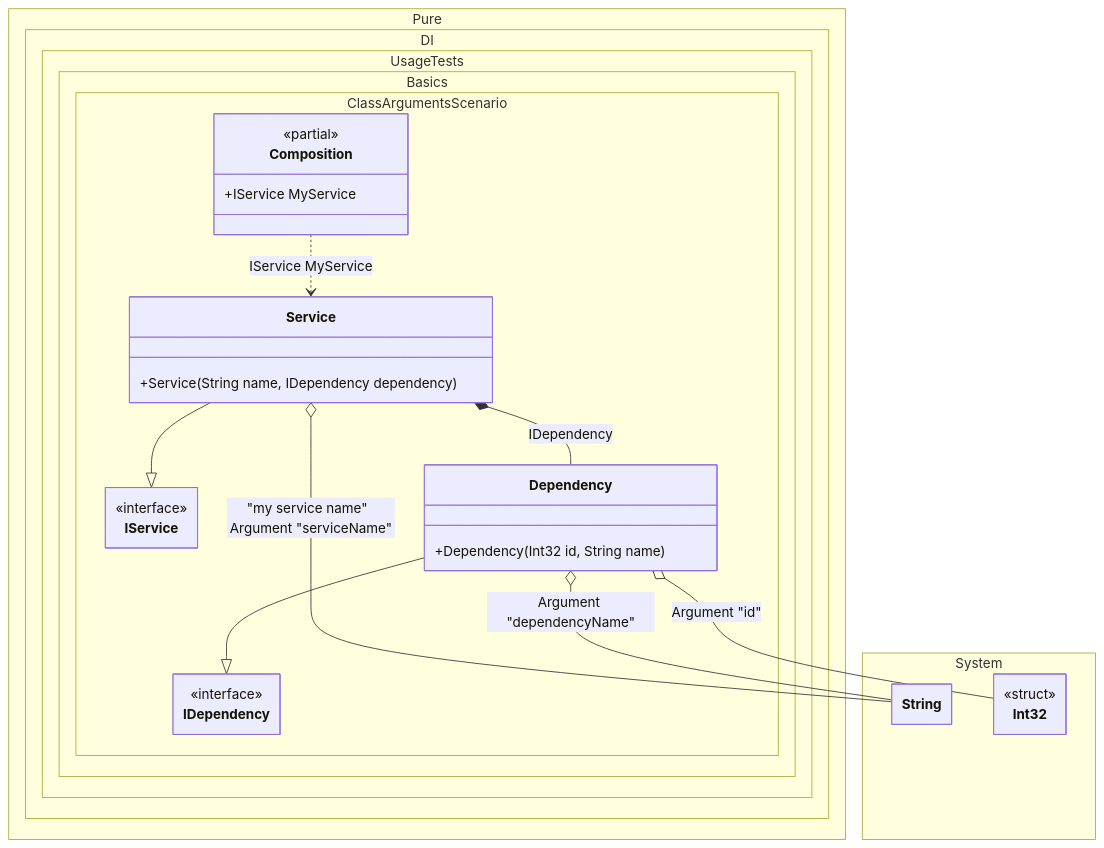
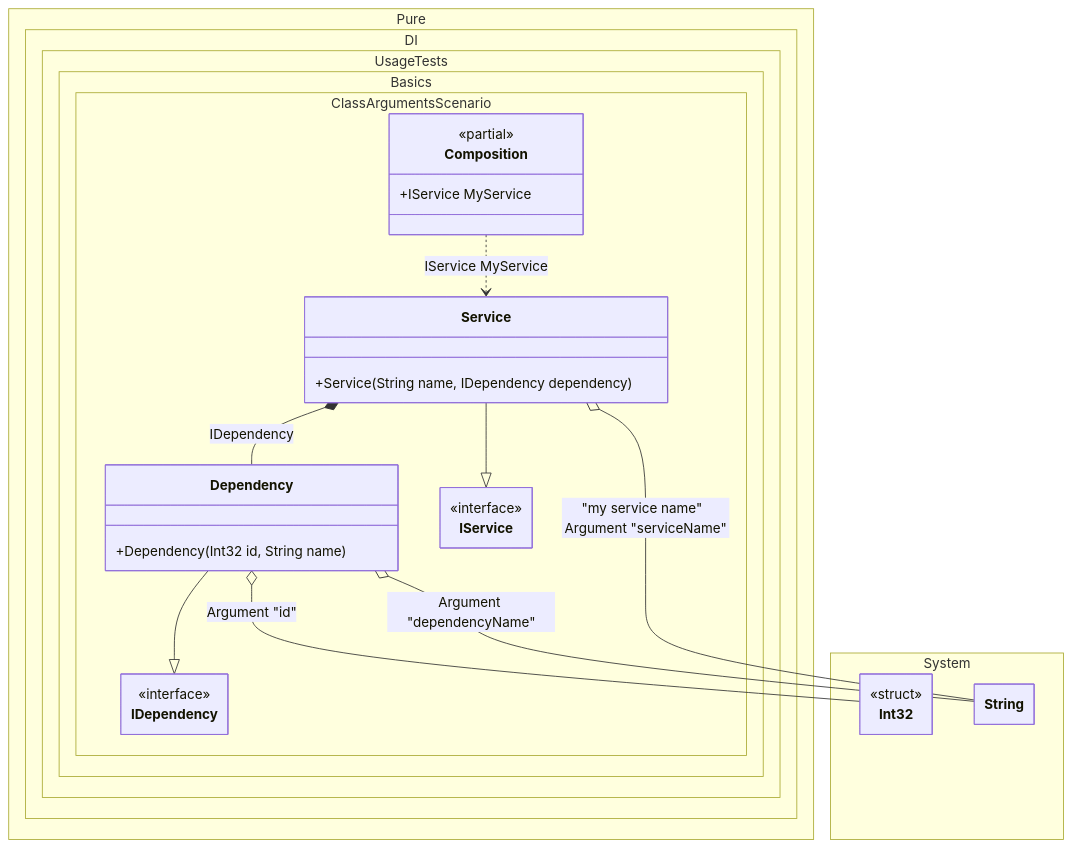
Before and after one commit to DevTeam/Pure.DI: the diagram in readme/class-arguments.md, drawn with Mermaid. The commit also changed other lines of this file and 113 other files, not shown here.

````diff
--- a/readme/class-arguments.md
+++ b/readme/class-arguments.md
@@ -138,40 +138,40 @@
 ```mermaid
 ---
  config:
   class:
    hideEmptyMembersBox: true
 ---
 classDiagram
+	Dependency --|> IDependency
 	Service --|> IService
-	Dependency --|> IDependency
 	Composition ..> Service : IService MyService
-	Service o-- String : "my service name"  Argument "serviceName"
-	Service *--  Dependency : IDependency
 	Dependency o-- Int32 : Argument "id"
 	Dependency o-- String : Argument "dependencyName"
+	Service *--  Dependency : IDependency
+	Service o-- String : "my service name"  Argument "serviceName"
 	namespace Pure.DI.UsageTests.Basics.ClassArgumentsScenario {
 		class Composition {
 		<<partial>>
 		+IService MyService
 		}
 		class Dependency {
 			+Dependency(Int32 id, String name)
 		}
 		class IDependency {
 			<<interface>>
 		}
 		class IService {
 			<<interface>>
 		}
 		class Service {
 			+Service(String name, IDependency dependency)
 		}
 	}
 	namespace System {
 		class Int32 {
 				<<struct>>
 		}
 		class String {
 		}
 	}
 ```
````
